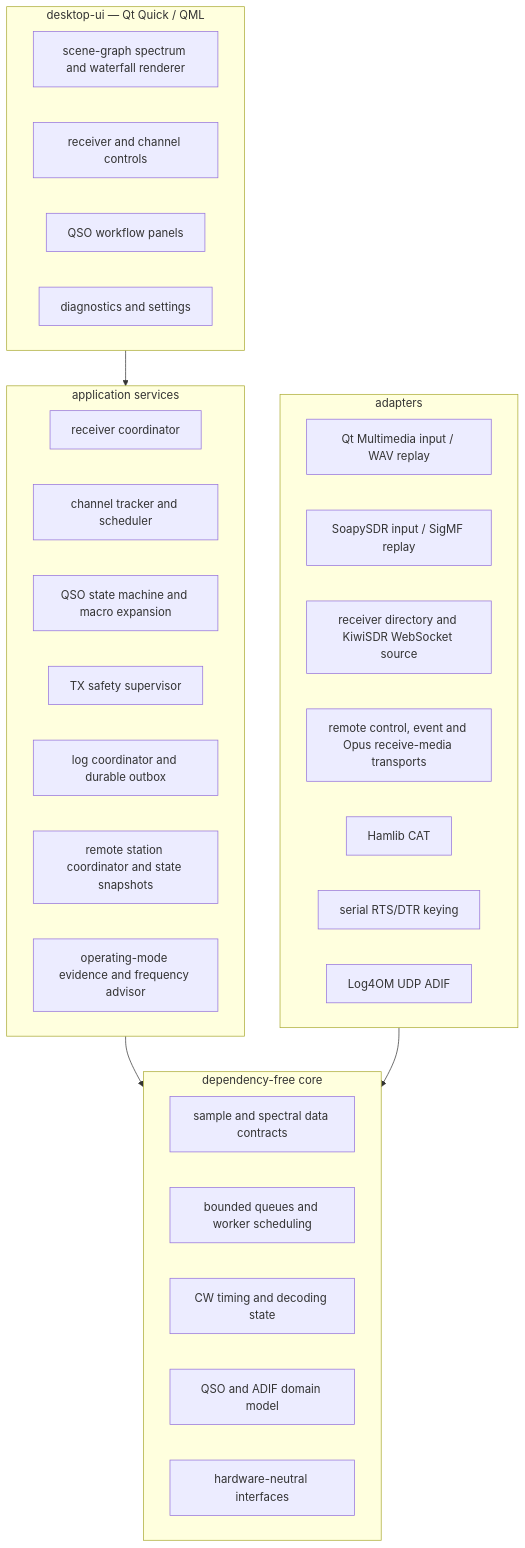
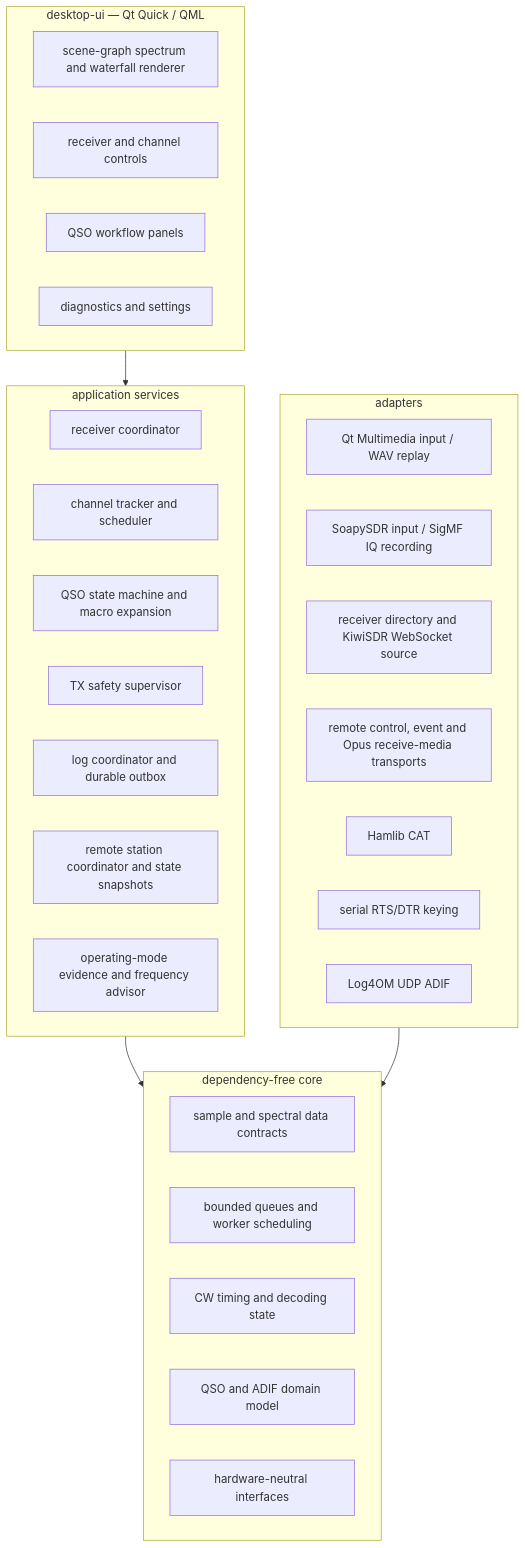
Before and after one commit to alessiobravi/CW-Assistant: the first of 4 diagrams in docs/architecture.md, drawn with Mermaid. The commit also changed other lines of this file and 23 other files, not shown here.

````diff
--- a/docs/architecture.md
+++ b/docs/architecture.md
@@ -5,36 +5,36 @@
 ```mermaid
 flowchart TB
   subgraph UI["desktop-ui — Qt Quick / QML"]
     U1["scene-graph spectrum and waterfall renderer"]
     U2["receiver and channel controls"]
     U3["QSO workflow panels"]
     U4["diagnostics and settings"]
   end
   subgraph SVC["application services"]
     S1["receiver coordinator"]
     S2["channel tracker and scheduler"]
     S3["QSO state machine and macro expansion"]
     S4["TX safety supervisor"]
     S5["log coordinator and durable outbox"]
     S6["remote station coordinator and state snapshots"]
     S7["operating-mode evidence and frequency advisor"]
   end
   subgraph CORE["dependency-free core"]
     C1["sample and spectral data contracts"]
     C2["bounded queues and worker scheduling"]
     C3["CW timing and decoding state"]
     C4["QSO and ADIF domain model"]
     C5["hardware-neutral interfaces"]
   end
   subgraph ADP["adapters"]
     A1["Qt Multimedia input / WAV replay"]
-    A2["SoapySDR input / SigMF replay"]
+    A2["SoapySDR input / SigMF IQ recording"]
     A3["receiver directory and KiwiSDR WebSocket source"]
     A4["remote control, event and Opus receive-media transports"]
     A5["Hamlib CAT"]
     A6["serial RTS/DTR keying"]
     A7["Log4OM UDP ADIF"]
   end
   UI --> SVC --> CORE
   ADP --> CORE
 ```
````
